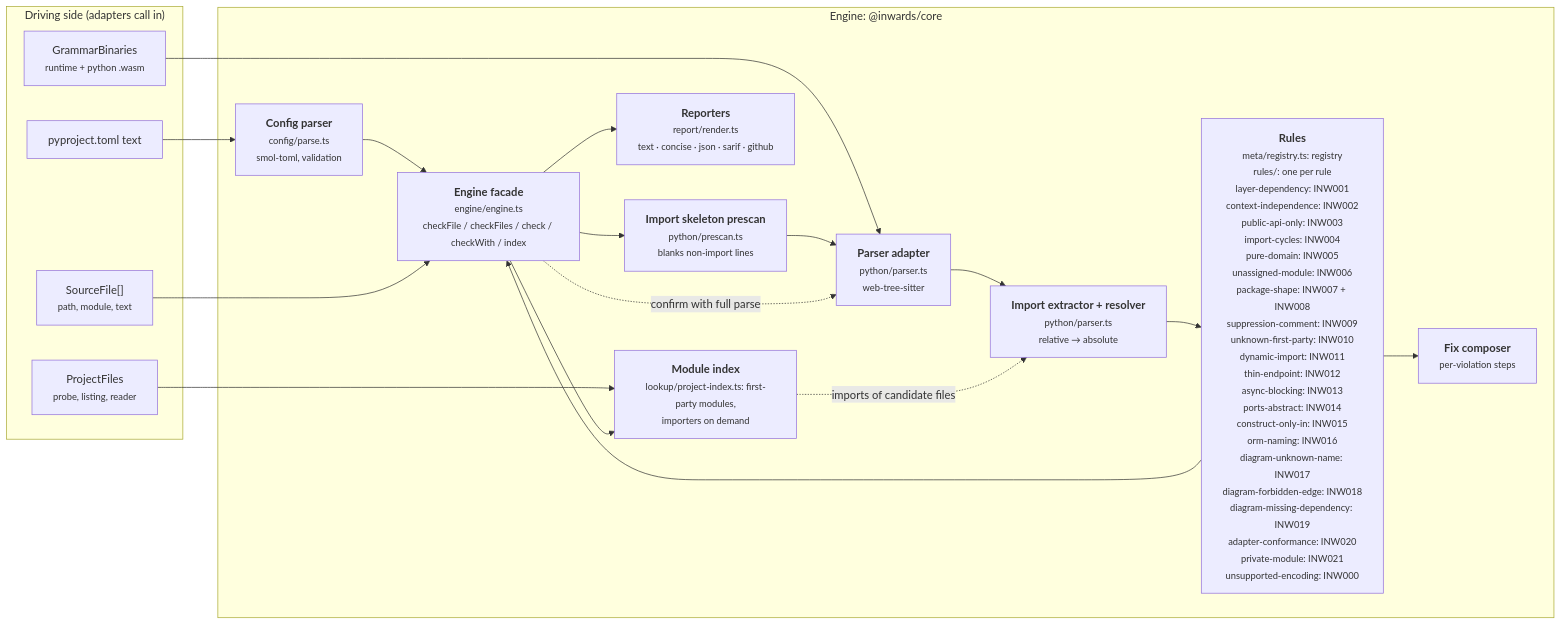
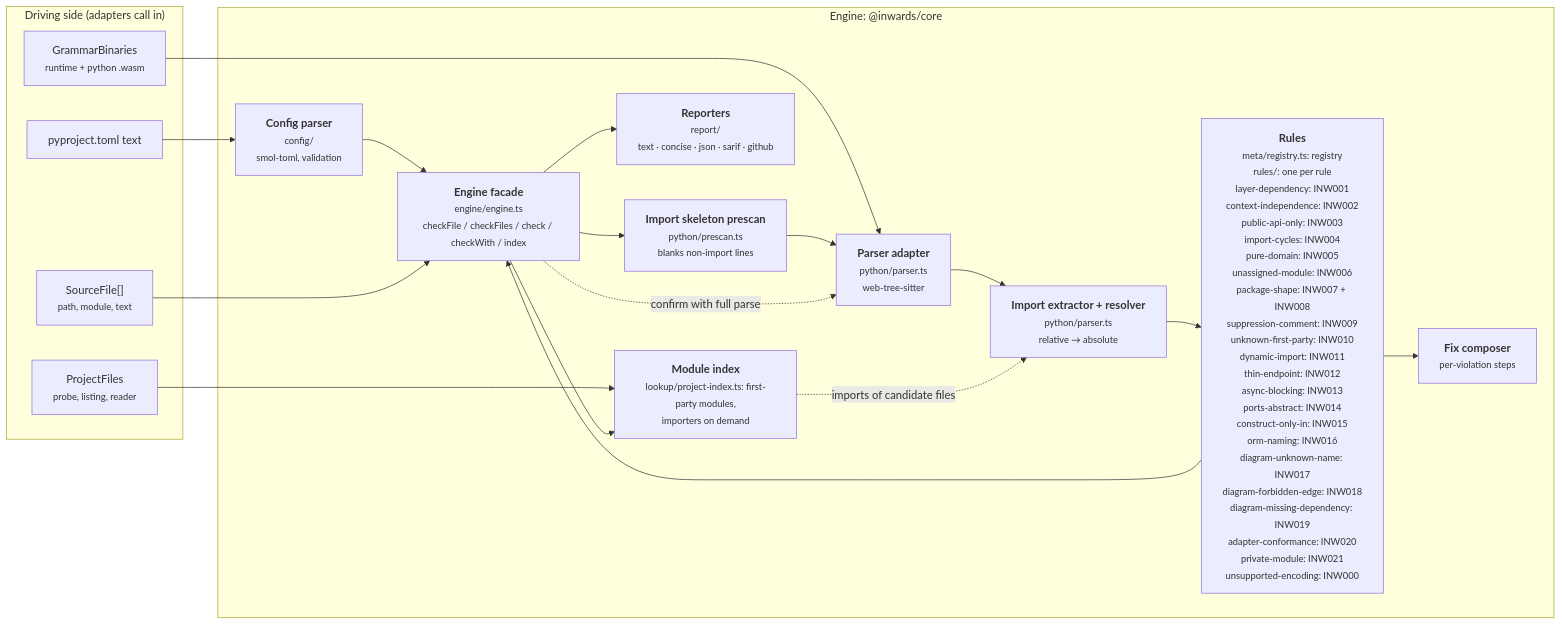
One commit to SirCypkowskyy/inwards changed the third of 6 diagrams in docs/chapters/03-Architecture-C4.md. Above: the diagram before and after it, drawn with Mermaid. The commit also changed other lines of this file and 106 other files, not shown here.

First line of the commit message:
chore(engine): give config/, diagram/, baseline/ and report/ a public index (#424) (#458)

````diff
--- a/docs/chapters/03-Architecture-C4.md
+++ b/docs/chapters/03-Architecture-C4.md
@@ -105,33 +105,33 @@
 ```mermaid
 flowchart LR
     subgraph driving["Driving side (adapters call in)"]
         files["SourceFile[]<br/><small>path, module, text</small>"]
         pfiles["ProjectFiles<br/><small>probe, listing, reader</small>"]
         cfgtext["pyproject.toml text"]
         wasm["GrammarBinaries<br/><small>runtime + python .wasm</small>"]
     end
 
     subgraph enginebox["Engine: @inwards/core"]
-        config["<b>Config parser</b><br/><small>config/parse.ts<br/>smol-toml, validation</small>"]
+        config["<b>Config parser</b><br/><small>config/<br/>smol-toml, validation</small>"]
         pre["<b>Import skeleton prescan</b><br/><small>python/prescan.ts<br/>blanks non-import lines</small>"]
         parser["<b>Parser adapter</b><br/><small>python/parser.ts<br/>web-tree-sitter</small>"]
         extract["<b>Import extractor + resolver</b><br/><small>python/parser.ts<br/>relative → absolute</small>"]
         rules["<b>Rules</b><br/><small>meta/registry.ts: registry<br/>rules/: one per rule<br/>layer-dependency: INW001<br/>context-independence: INW002<br/>public-api-only: INW003<br/>import-cycles: INW004<br/>pure-domain: INW005<br/>unassigned-module: INW006<br/>package-shape: INW007 + INW008<br/>suppression-comment: INW009<br/>unknown-first-party: INW010<br/>dynamic-import: INW011<br/>thin-endpoint: INW012<br/>async-blocking: INW013<br/>ports-abstract: INW014<br/>construct-only-in: INW015<br/>orm-naming: INW016<br/>diagram-unknown-name: INW017<br/>diagram-forbidden-edge: INW018<br/>diagram-missing-dependency: INW019<br/>adapter-conformance: INW020<br/>private-module: INW021<br/>unsupported-encoding: INW000</small>"]
         fix["<b>Fix composer</b><br/><small>per-violation steps</small>"]
-        report["<b>Reporters</b><br/><small>report/render.ts<br/>text · concise · json · sarif · github</small>"]
+        report["<b>Reporters</b><br/><small>report/<br/>text · concise · json · sarif · github</small>"]
         engine["<b>Engine facade</b><br/><small>engine/engine.ts<br/>checkFile / checkFiles / check / checkWith / index</small>"]
         modgraph["<b>Module index</b><br/><small>lookup/project-index.ts: first-party modules,<br/>importers on demand</small>"]
     end
 
     cfgtext --> config --> engine
     wasm --> parser
     files --> engine
     engine --> pre --> parser --> extract --> rules
     rules --> fix
     rules --> engine
     engine -. "confirm with full parse" .-> parser
     pfiles --> modgraph
     engine --> modgraph
     modgraph -. "imports of candidate files" .-> extract
     engine --> report
 ```
````
